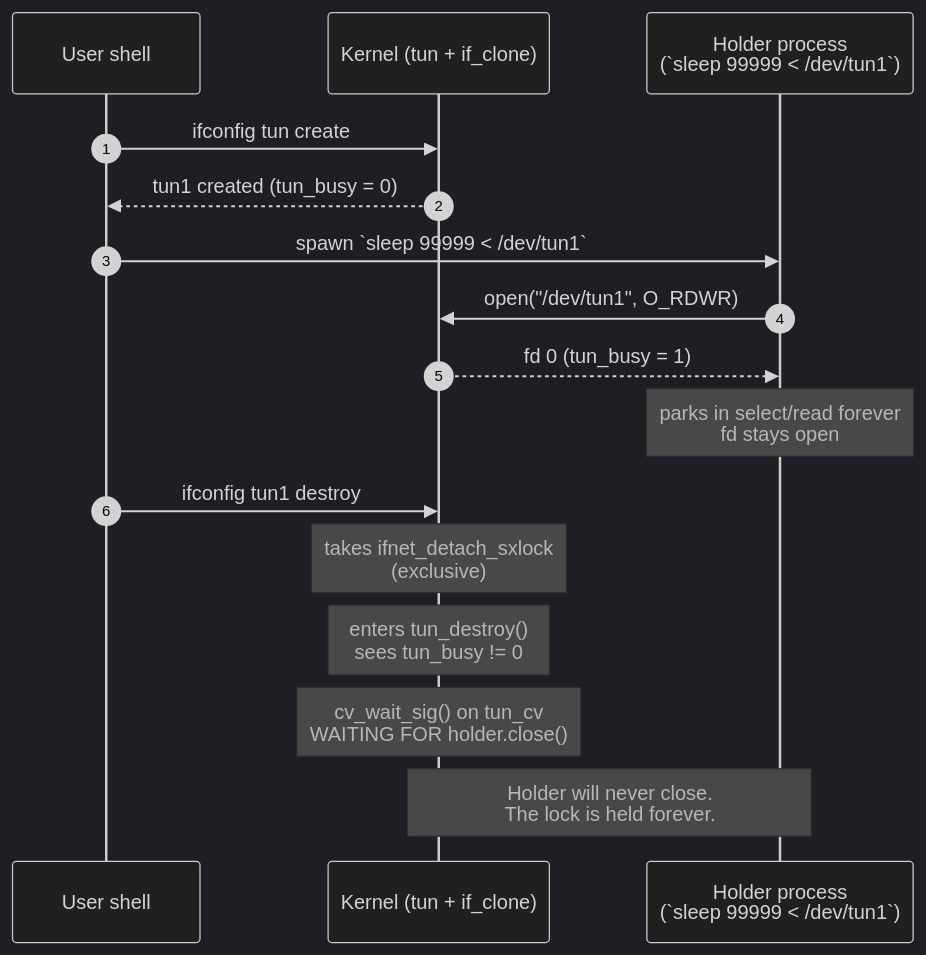
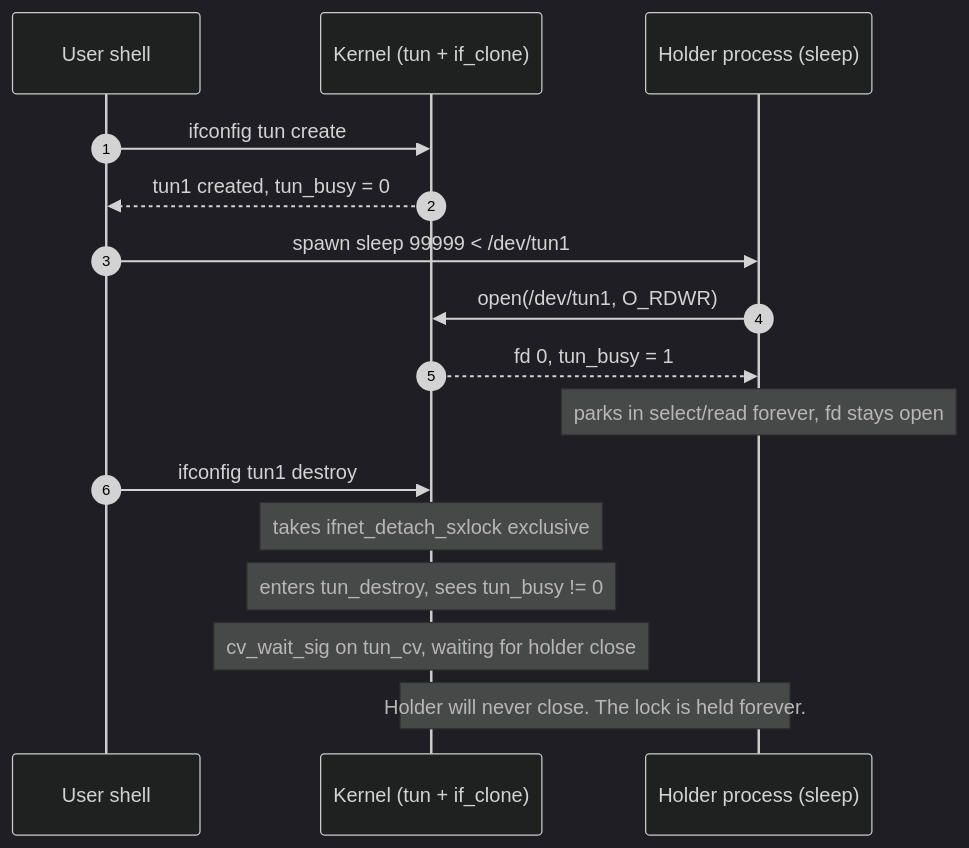
One commit to ocochard/myscripts changed the first of 6 diagrams in FreeBSD/doc/tun_destroy_deadlock_case_study.md. Above: the diagram before and after it, drawn with Mermaid (dark theme). The commit also changed other lines of this file, not shown here.

First line of the commit message:
tun_destroy case study: fix mermaid rendering on GitHub, drop hostname

````diff
--- a/FreeBSD/doc/tun_destroy_deadlock_case_study.md
+++ b/FreeBSD/doc/tun_destroy_deadlock_case_study.md
@@ -77,23 +77,23 @@
 ```mermaid
 sequenceDiagram
     autonumber
     participant U as User shell
     participant K as Kernel (tun + if_clone)
-    participant H as Holder process<br/>(`sleep 99999 < /dev/tun1`)
+    participant H as Holder process (sleep)
 
     U->>K: ifconfig tun create
-    K-->>U: tun1 created (tun_busy = 0)
+    K-->>U: tun1 created, tun_busy = 0
 
-    U->>H: spawn `sleep 99999 < /dev/tun1`
-    H->>K: open("/dev/tun1", O_RDWR)
-    K-->>H: fd 0 (tun_busy = 1)
+    U->>H: spawn sleep 99999 < /dev/tun1
+    H->>K: open(/dev/tun1, O_RDWR)
+    K-->>H: fd 0, tun_busy = 1
 
-    Note over H: parks in select/read forever<br/>fd stays open
+    Note over H: parks in select/read forever, fd stays open
 
     U->>K: ifconfig tun1 destroy
-    Note over K: takes ifnet_detach_sxlock<br/>(exclusive)
-    Note over K: enters tun_destroy()<br/>sees tun_busy != 0
-    Note over K: cv_wait_sig() on tun_cv<br/>WAITING FOR holder.close()
+    Note over K: takes ifnet_detach_sxlock exclusive
+    Note over K: enters tun_destroy, sees tun_busy != 0
+    Note over K: cv_wait_sig on tun_cv, waiting for holder close
 
-    Note over K,H: Holder will never close.<br/>The lock is held forever.
+    Note over K,H: Holder will never close. The lock is held forever.
 ```
````
